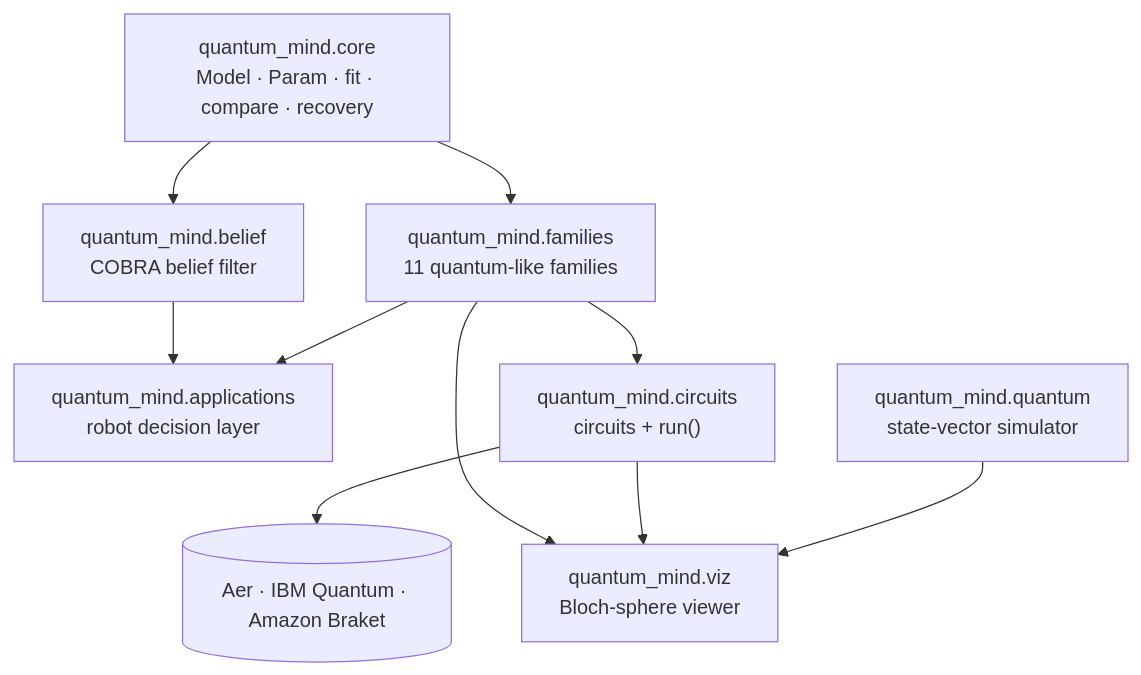
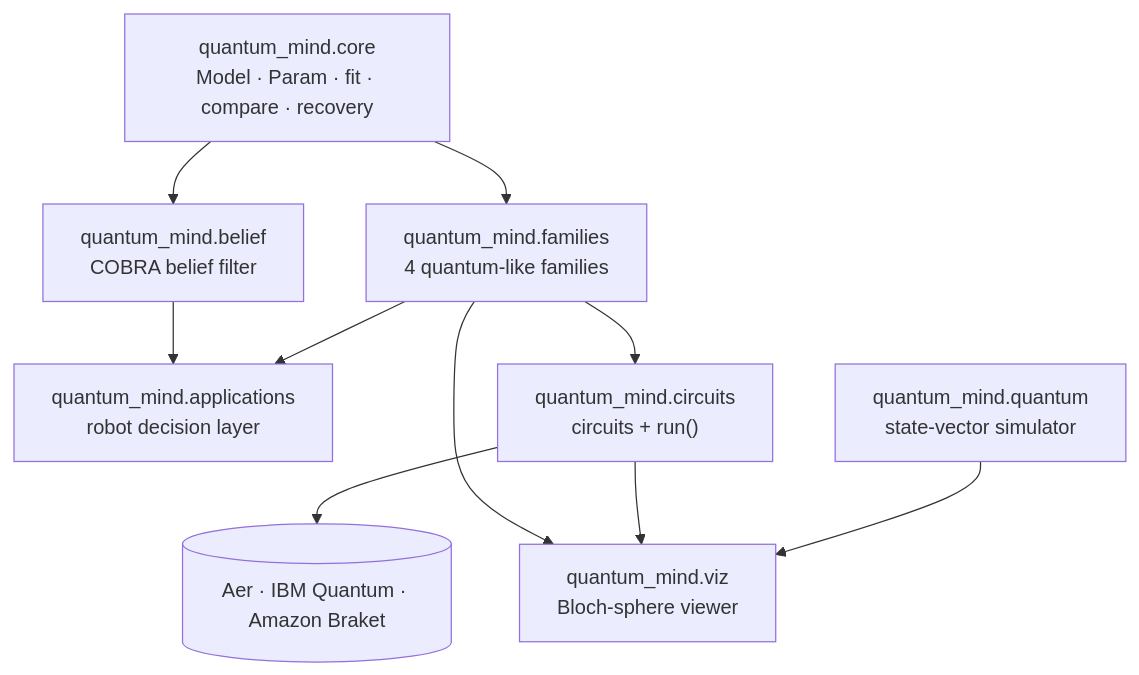
The diagram in docs/user_guide/index.md (yeshwanthguru/Quantum-mind), drawn with Mermaid before and after one commit. The commit also changed other lines of this file and 105 other files, not shown here.

````diff
--- a/docs/user_guide/index.md
+++ b/docs/user_guide/index.md
@@ -6,17 +6,17 @@
 ```{mermaid}
 flowchart TB
     core["quantum_mind.core<br/>Model · Param · fit · compare · recovery"]
-    fam["quantum_mind.families<br/>11 quantum-like families"]
+    fam["quantum_mind.families<br/>4 quantum-like families"]
     bel["quantum_mind.belief<br/>COBRA belief filter"]
     app["quantum_mind.applications<br/>robot decision layer"]
     circ["quantum_mind.circuits<br/>circuits + run()"]
     sim["quantum_mind.quantum<br/>state-vector simulator"]
     viz["quantum_mind.viz<br/>Bloch-sphere viewer"]
     hw[("Aer · IBM Quantum · Amazon Braket")]
     core --> fam --> app
     core --> bel --> app
     fam --> circ --> hw
     sim --> viz
     circ --> viz
     fam --> viz
 ```
````
